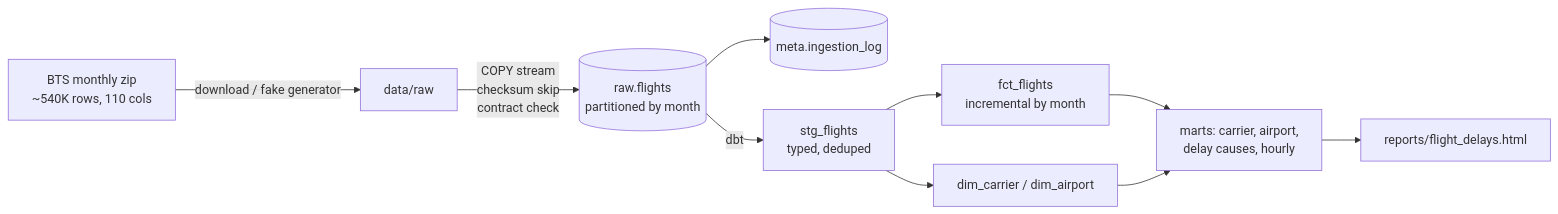
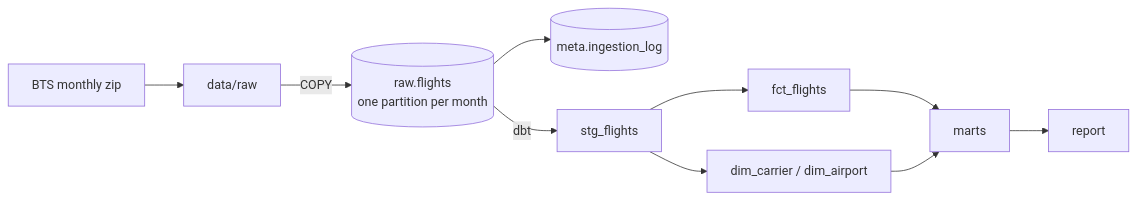
One commit to indahgloria/Airline-Performance-Pipeline changed the diagram in README.md. Above: the diagram before and after it, drawn with Mermaid. The commit also changed other lines of this file and 1 other file, not shown here.

Commit message:
Trim README, add report screenshot

````diff
--- a/README.md
+++ b/README.md
@@ -10,11 +16,11 @@
 ```mermaid
 flowchart LR
-    A[BTS monthly zip<br/>~540K rows, 110 cols] -->|download / fake generator| B[data/raw]
-    B -->|COPY stream<br/>checksum skip<br/>contract check| C[(raw.flights<br/>partitioned by month)]
+    A[BTS monthly zip] --> B[data/raw]
+    B -->|COPY| C[(raw.flights<br/>one partition per month)]
     C --> L[(meta.ingestion_log)]
-    C -->|dbt| D[stg_flights<br/>typed, deduped]
-    D --> E[fct_flights<br/>incremental by month]
+    C -->|dbt| D[stg_flights]
+    D --> E[fct_flights]
     D --> F[dim_carrier / dim_airport]
-    E & F --> G[marts: carrier, airport,<br/>delay causes, hourly]
-    G --> H[reports/flight_delays.html]
+    E & F --> G[marts]
+    G --> H[report]
 ```
````
